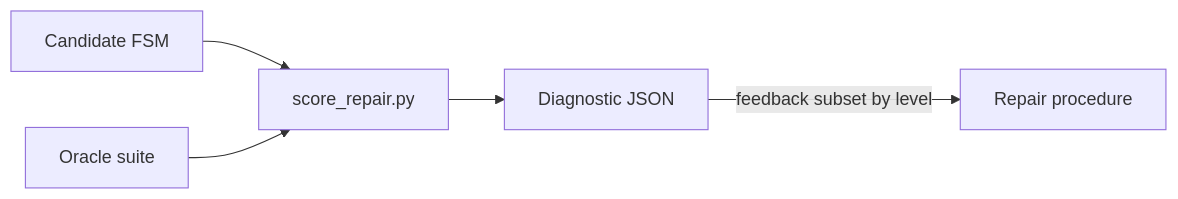
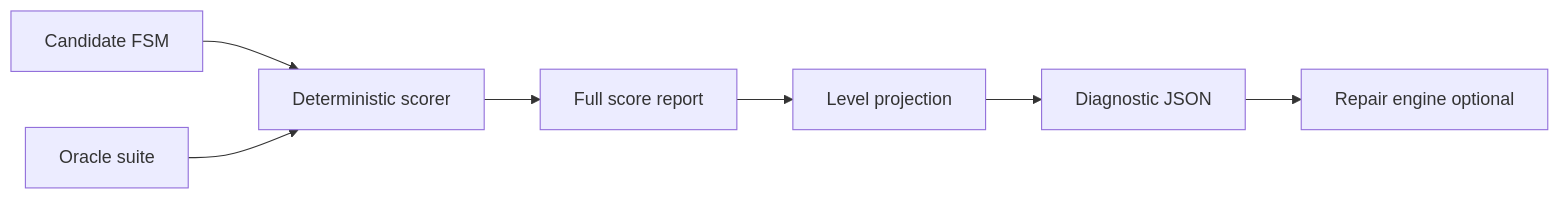
The diagram in docs/diagnostic_model.md (cesar-andress/fsm-repairability-study), drawn with Mermaid before and after one commit. The commit also changed other lines of this file and 4 other files, not shown here.

````diff
--- a/docs/diagnostic_model.md
+++ b/docs/diagnostic_model.md
@@ -9,12 +23,16 @@
 ```mermaid
 flowchart LR
   FSM[Candidate FSM]
   ORC[Oracle suite]
-  EVAL[score_repair.py]
+  SCORE[Deterministic scorer]
+  FULL[Full score report]
+  PROJ[Level projection]
   DIAG[Diagnostic JSON]
-  REPAIR[Repair procedure]
-  FSM --> EVAL
-  ORC --> EVAL
-  EVAL --> DIAG
-  DIAG -->|"feedback subset by level"| REPAIR
+  LLM[Repair engine optional]
+  FSM --> SCORE
+  ORC --> SCORE
+  SCORE --> FULL
+  FULL --> PROJ
+  PROJ --> DIAG
+  DIAG --> LLM
 ```
````
